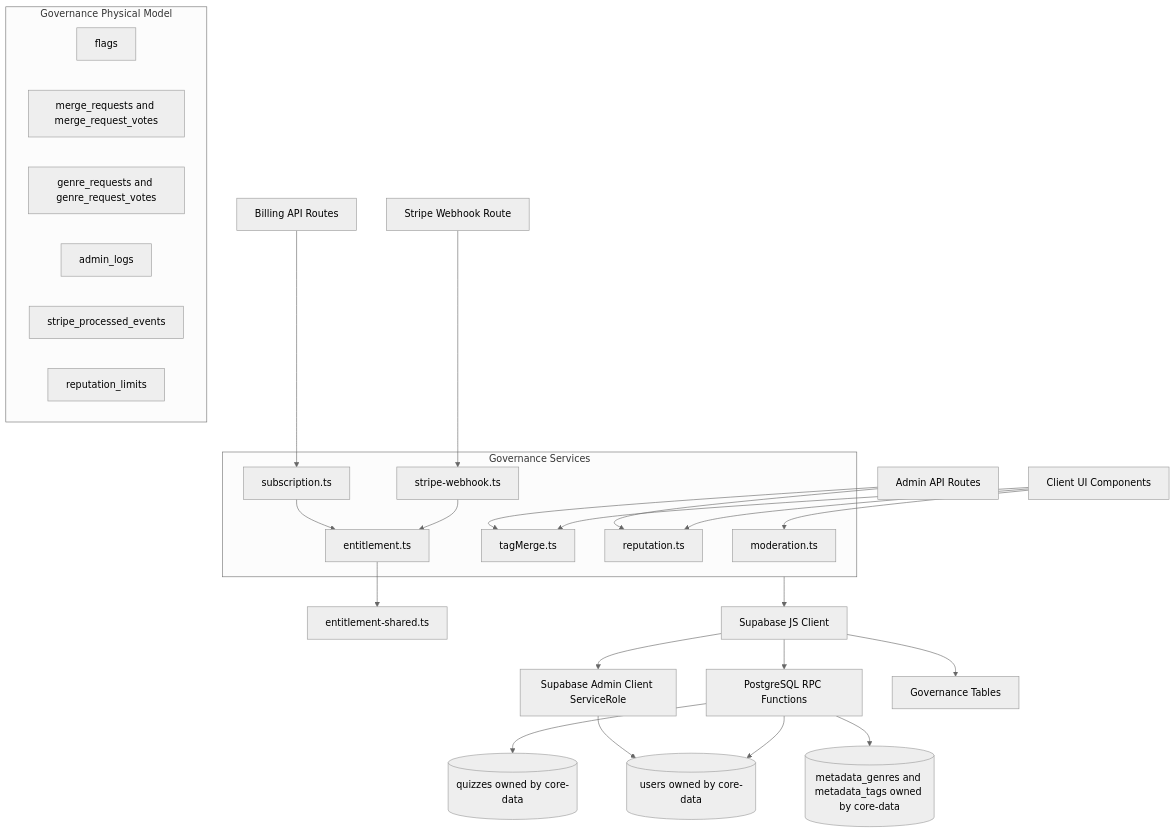
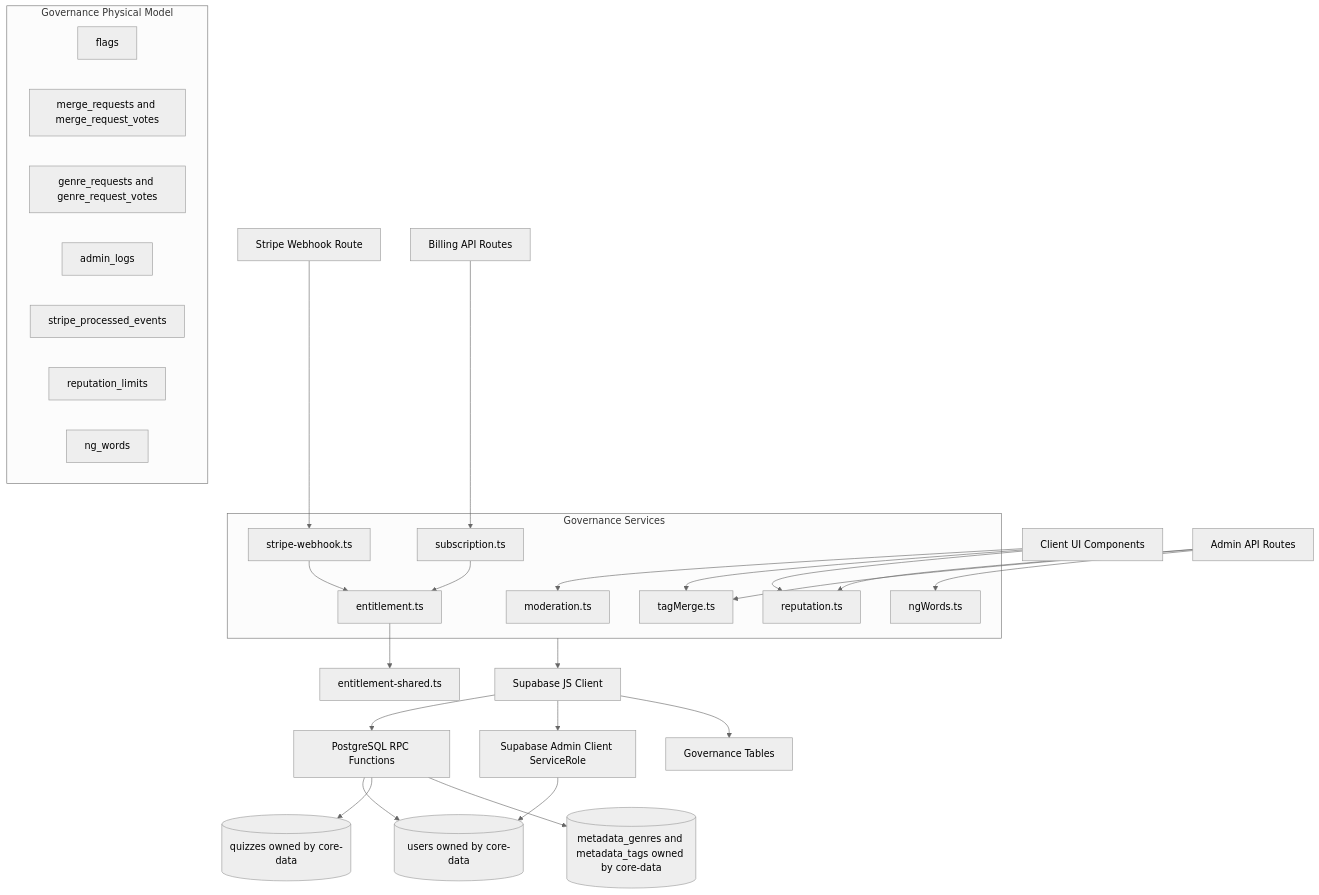
Before and after one commit to npressoworks/quizetika: the first of 7 diagrams in .kiro/specs/supabase-governance/design.md, drawn with Mermaid (neutral theme). The commit also changed other lines of this file and 14 other files, not shown here.

````diff
--- a/.kiro/specs/supabase-governance/design.md
+++ b/.kiro/specs/supabase-governance/design.md
@@ -68,41 +77,44 @@
 ```mermaid
 graph TB
     ClientUI[Client UI Components] --> ModerationSvc[moderation.ts]
     ClientUI --> TagMergeSvc[tagMerge.ts]
     ClientUI --> ReputationSvc[reputation.ts]
     AdminRoutes[Admin API Routes] --> ReputationSvc
     AdminRoutes --> TagMergeSvc
+    AdminRoutes --> NgWordsSvc[ngWords.ts]
     BillingRoutes[Billing API Routes] --> SubscriptionSvc[subscription.ts]
     WebhookRoute[Stripe Webhook Route] --> StripeWebhookSvc[stripe-webhook.ts]
     StripeWebhookSvc --> EntitlementSvc[entitlement.ts]
     SubscriptionSvc --> EntitlementSvc
     EntitlementSvc --> EntitlementShared[entitlement-shared.ts]
 
     subgraph GovernanceServices [Governance Services]
         ModerationSvc
         TagMergeSvc
         ReputationSvc
         EntitlementSvc
         SubscriptionSvc
         StripeWebhookSvc
+        NgWordsSvc
     end
 
     GovernanceServices --> SupabaseClient[Supabase JS Client]
     SupabaseClient --> RPC[PostgreSQL RPC Functions]
     SupabaseClient --> AdminClient[Supabase Admin Client ServiceRole]
     SupabaseClient --> Tables[Governance Tables]
 
     subgraph GovernanceTables [Governance Physical Model]
         Flags[flags]
         MergeRequests[merge_requests and merge_request_votes]
         GenreRequests[genre_requests and genre_request_votes]
         AdminLogs[admin_logs]
         StripeEvents[stripe_processed_events]
         ReputationLimits[reputation_limits]
+        NgWords[ng_words]
     end
 
     RPC --> UsersCore[(users owned by core-data)]
     RPC --> QuizzesCore[(quizzes owned by core-data)]
     RPC --> MetadataCore[(metadata_genres and metadata_tags owned by core-data)]
     AdminClient --> UsersCore
 ```
````
